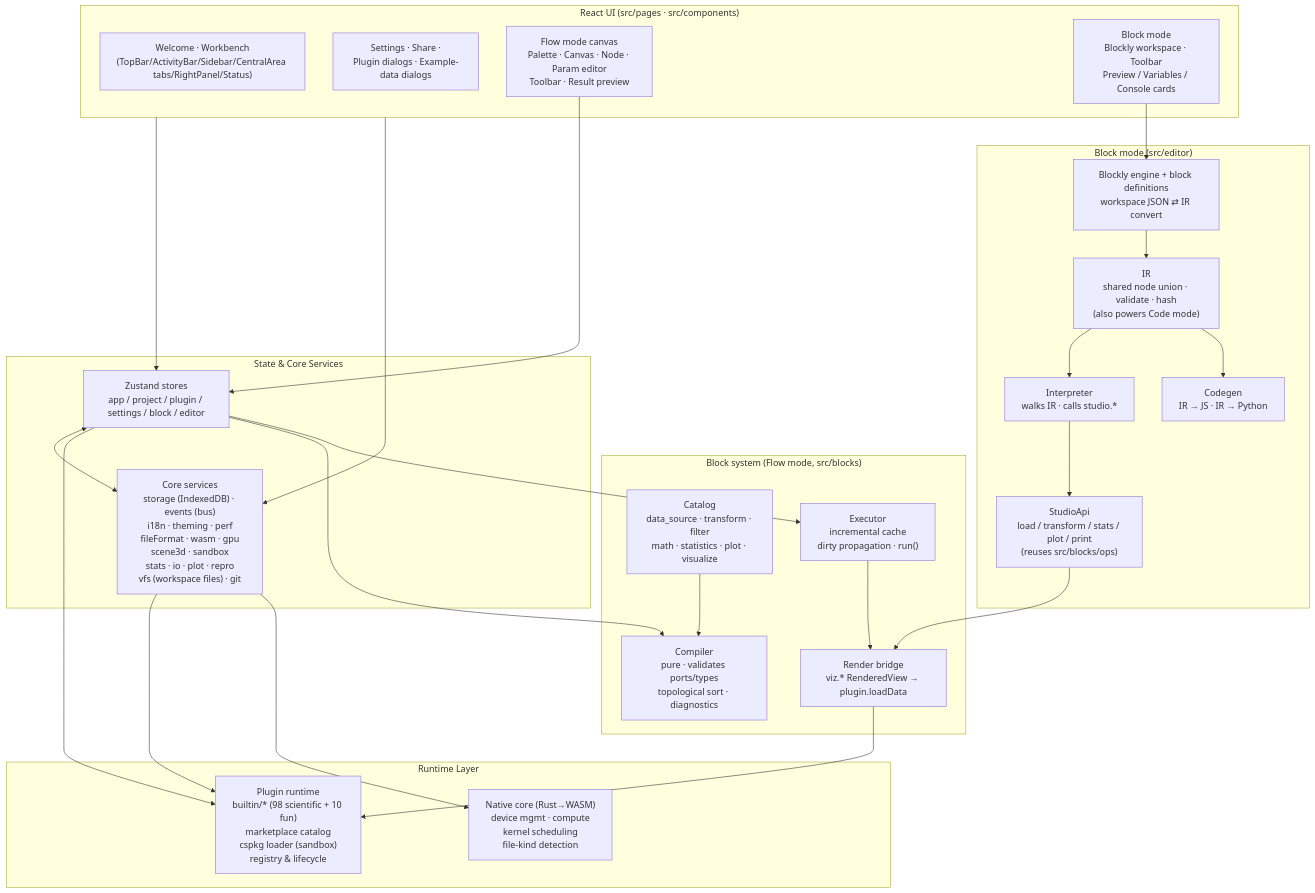
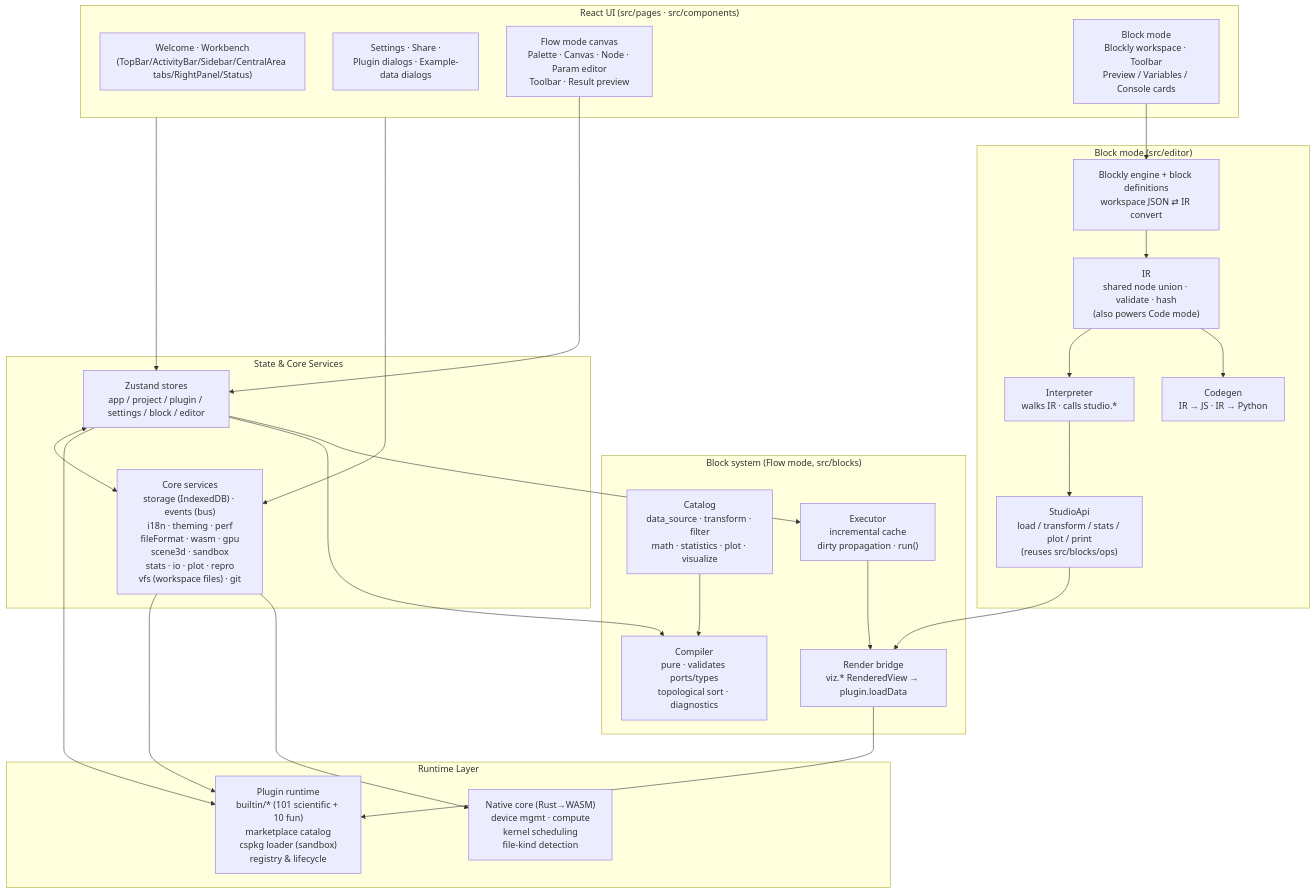
Before and after one commit to SnowLeopard-io/ErgalicsStudio: the diagram in docs/guide/architecture.md, drawn with Mermaid. The commit also changed 7 other files, not shown here.

````diff
--- a/docs/guide/architecture.md
+++ b/docs/guide/architecture.md
@@ -5,53 +5,53 @@
 ```mermaid
 flowchart TB
     subgraph UI["React UI (src/pages · src/components)"]
         A1["Welcome · Workbench<br/>(TopBar/ActivityBar/Sidebar/CentralArea tabs/RightPanel/Status)"]
         A2["Settings · Share ·<br/>Plugin dialogs · Example-data dialogs"]
         A3["Flow mode canvas<br/>Palette · Canvas · Node · Param editor<br/>Toolbar · Result preview"]
         A4["Block mode<br/>Blockly workspace · Toolbar<br/>Preview / Variables / Console cards"]
     end
 
     subgraph State["State & Core Services"]
         B1["Zustand stores<br/>app / project / plugin / settings / block / editor"]
         B2["Core services<br/>storage (IndexedDB) · events (bus)<br/>i18n · theming · perf<br/>fileFormat · wasm · gpu<br/>scene3d · sandbox<br/>stats · io · plot · repro<br/>vfs (workspace files) · git"]
     end
 
     subgraph Blocks["Block system (Flow mode, src/blocks)"]
         D1["Catalog<br/>data_source · transform · filter<br/>math · statistics · plot · visualize"]
         D2["Compiler<br/>pure · validates ports/types<br/>topological sort · diagnostics"]
         D3["Executor<br/>incremental cache<br/>dirty propagation · run()"]
         D4["Render bridge<br/>viz.* RenderedView → plugin.loadData"]
     end
 
     subgraph Editor["Block mode (src/editor)"]
         E1["IR<br/>shared node union · validate · hash<br/>(also powers Code mode)"]
         E2["Blockly engine + block definitions<br/>workspace JSON ⇄ IR convert"]
         E3["Interpreter<br/>walks IR · calls studio.*"]
         E4["Codegen<br/>IR → JS · IR → Python"]
         E5["StudioApi<br/>load / transform / stats / plot / print<br/>(reuses src/blocks/ops)"]
     end
 
     subgraph Runtime["Runtime Layer"]
-        C1["Plugin runtime<br/>builtin/* (98 scientific + 10 fun)<br/>marketplace catalog<br/>cspkg loader (sandbox)<br/>registry & lifecycle"]
+        C1["Plugin runtime<br/>builtin/* (101 scientific + 10 fun)<br/>marketplace catalog<br/>cspkg loader (sandbox)<br/>registry & lifecycle"]
         C2["Native core (Rust→WASM)<br/>device mgmt · compute<br/>kernel scheduling<br/>file-kind detection"]
     end
 
     UI --> B1
     UI --> B2
     B1 <--> B2
     B1 --> C1
     B2 --> C1
     B2 --> C2
     A3 --> B1
     B1 --> D2
     B1 --> D3
     D1 --> D2
     D3 --> D4
     D4 --> C1
     A4 --> E2
     E2 --> E1
     E1 --> E3
     E1 --> E4
     E3 --> E5
     E5 --> D4
 ```
````
